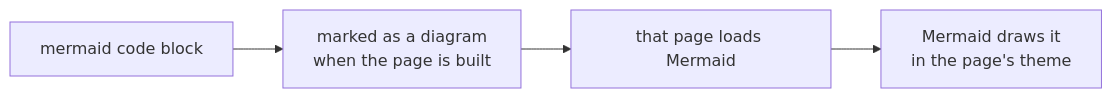
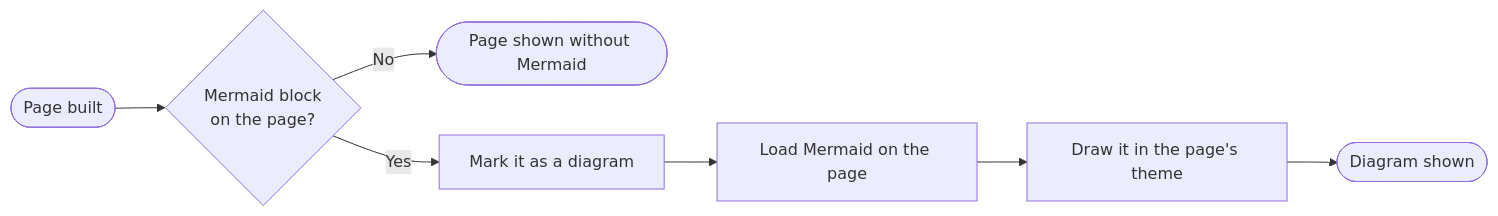
The diagram in docs/wiki/pages/pages/diagrams.md (timothymarois/wiki-builder), drawn with Mermaid before and after one commit. The commit also changed other lines of this file and 28 other files, not shown here.

First line of the commit message:
Flowcharts reference, redrawn diagrams, and no vague actors

````diff
--- a/docs/wiki/pages/pages/diagrams.md
+++ b/docs/wiki/pages/pages/diagrams.md
@@ -50,6 +51,9 @@
 ```mermaid
 flowchart LR
-  block["mermaid code block"] --> marked["marked as a diagram<br/>when the page is built"]
-  marked --> loaded["that page loads Mermaid"]
-  loaded --> drawn["Mermaid draws it<br/>in the page's theme"]
+  accTitle: How a diagram is drawn
+  accDescr: When a page is built, a page without a mermaid block is shown without Mermaid. A page with one has the block marked as a diagram, loads Mermaid, and has the diagram drawn in its theme.
+  built(["Page built"]) --> has{"Mermaid block<br/>on the page?"}
+  has -- "No" --> plain(["Page shown without Mermaid"])
+  has -- "Yes" --> mark["Mark it as a diagram"] --> load["Load Mermaid on the page"]
+  load --> draw["Draw it in the page's theme"] --> shown(["Diagram shown"])
 ```
````
